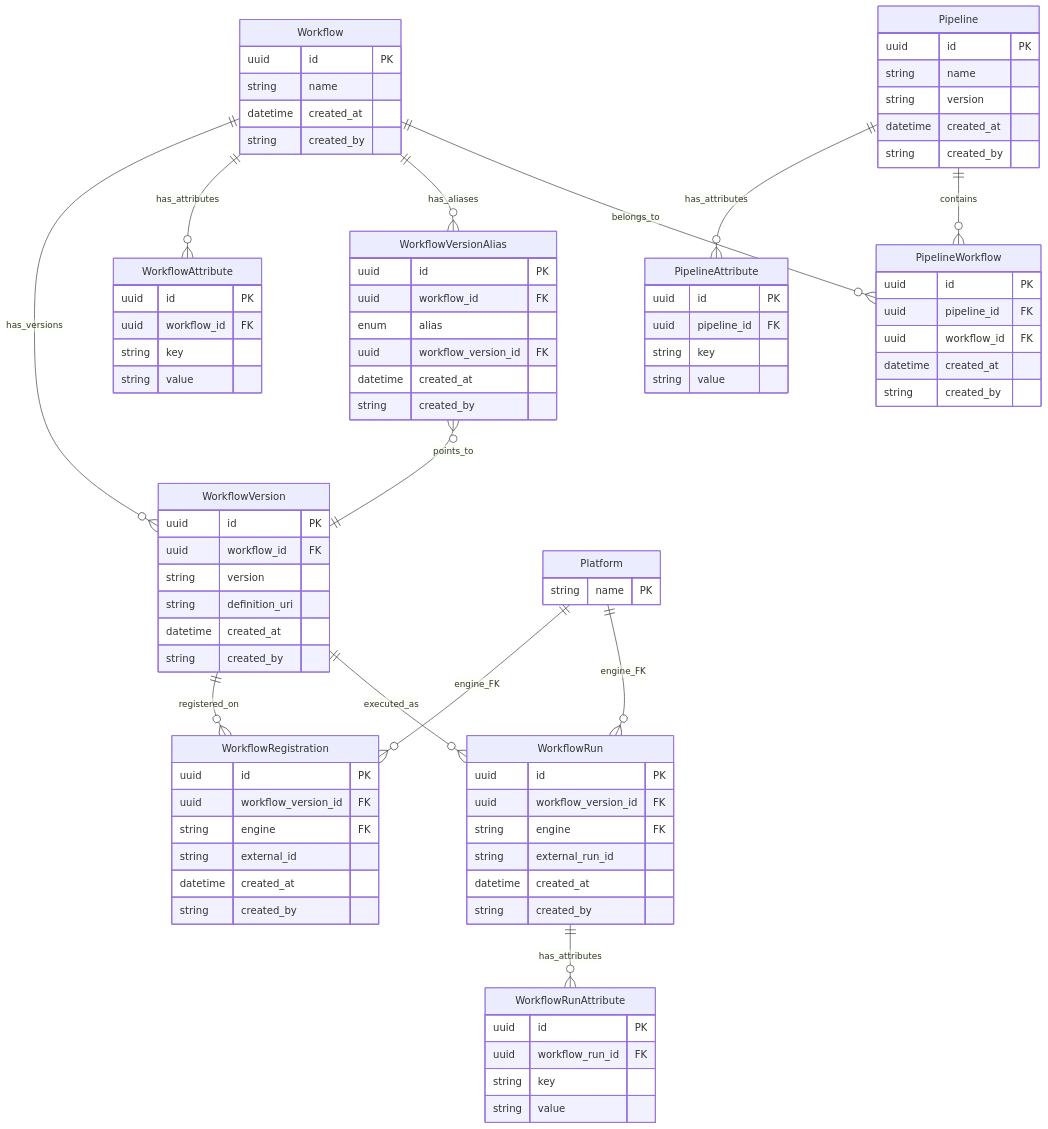
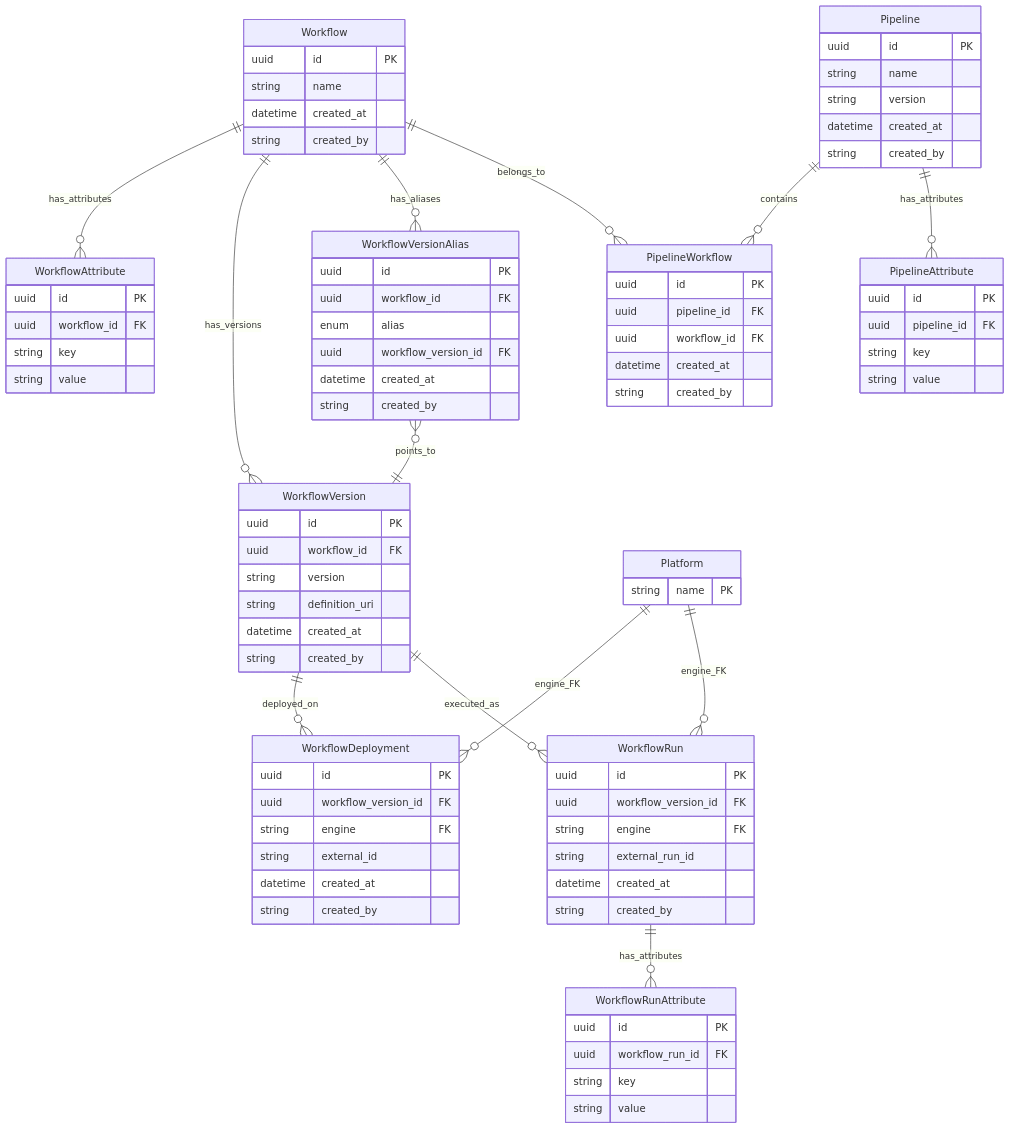
The diagram in docs/WORKFLOWS_AND_PIPELINES.md (NGS360/APIServer), drawn with Mermaid before and after one commit. The commit also changed other lines of this file and 9 other files, not shown here.

First line of the commit message:
refactor: rename WorkflowRegistration to WorkflowDeployment

````diff
--- a/docs/WORKFLOWS_AND_PIPELINES.md
+++ b/docs/WORKFLOWS_AND_PIPELINES.md
@@ -23,18 +23,18 @@
 ```mermaid
 erDiagram
+    Workflow ||--o{ WorkflowAttribute : has_attributes
     Workflow ||--o{ WorkflowVersion : has_versions
-    Workflow ||--o{ WorkflowAttribute : has_attributes
     Workflow ||--o{ WorkflowVersionAlias : has_aliases
     WorkflowVersionAlias }o--|| WorkflowVersion : points_to
-    WorkflowVersion ||--o{ WorkflowRegistration : registered_on
+    WorkflowVersion ||--o{ WorkflowDeployment : deployed_on
     WorkflowVersion ||--o{ WorkflowRun : executed_as
-    Platform ||--o{ WorkflowRegistration : engine_FK
+    Platform ||--o{ WorkflowDeployment : engine_FK
     Platform ||--o{ WorkflowRun : engine_FK
     WorkflowRun ||--o{ WorkflowRunAttribute : has_attributes
 
-    Pipeline ||--o{ PipelineAttribute : has_attributes
     Pipeline ||--o{ PipelineWorkflow : contains
     Workflow ||--o{ PipelineWorkflow : belongs_to
+    Pipeline ||--o{ PipelineAttribute : has_attributes
 
     Platform {
         string name PK
@@ -72,7 +72,7 @@
         string created_by
     }
 
-    WorkflowRegistration {
+    WorkflowDeployment {
         uuid id PK
         uuid workflow_version_id FK
         string engine FK
````
